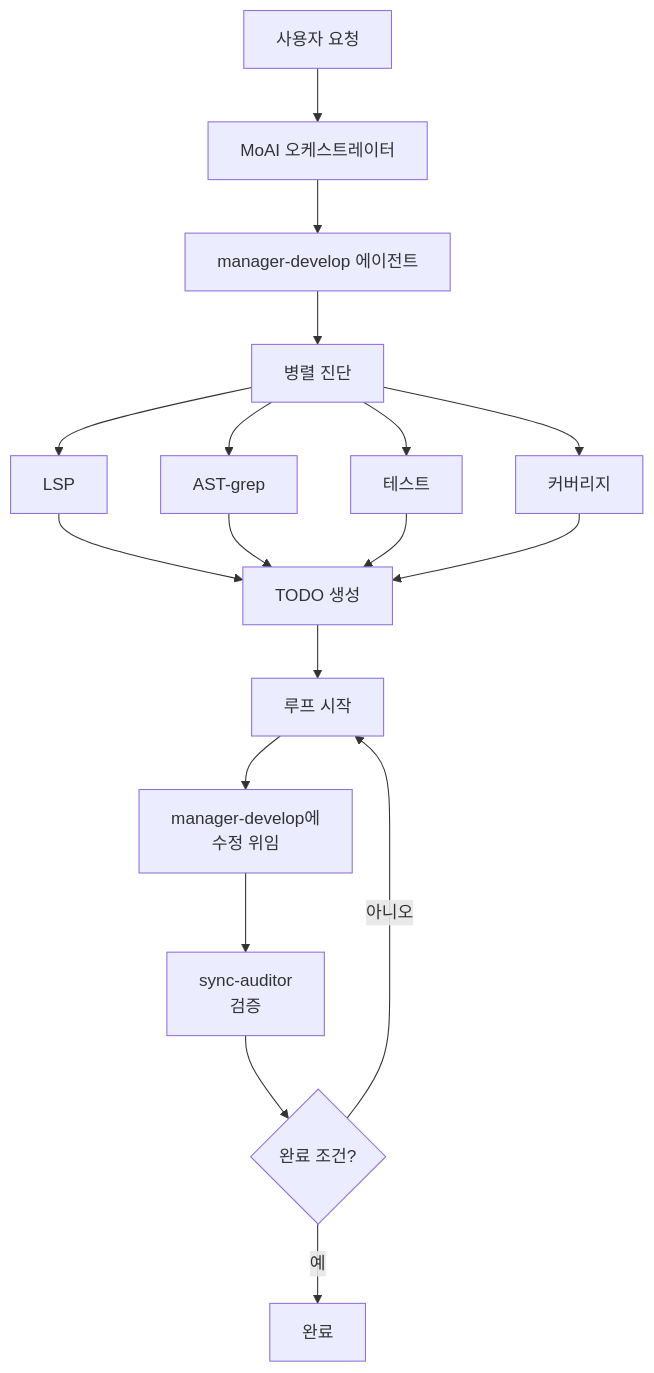
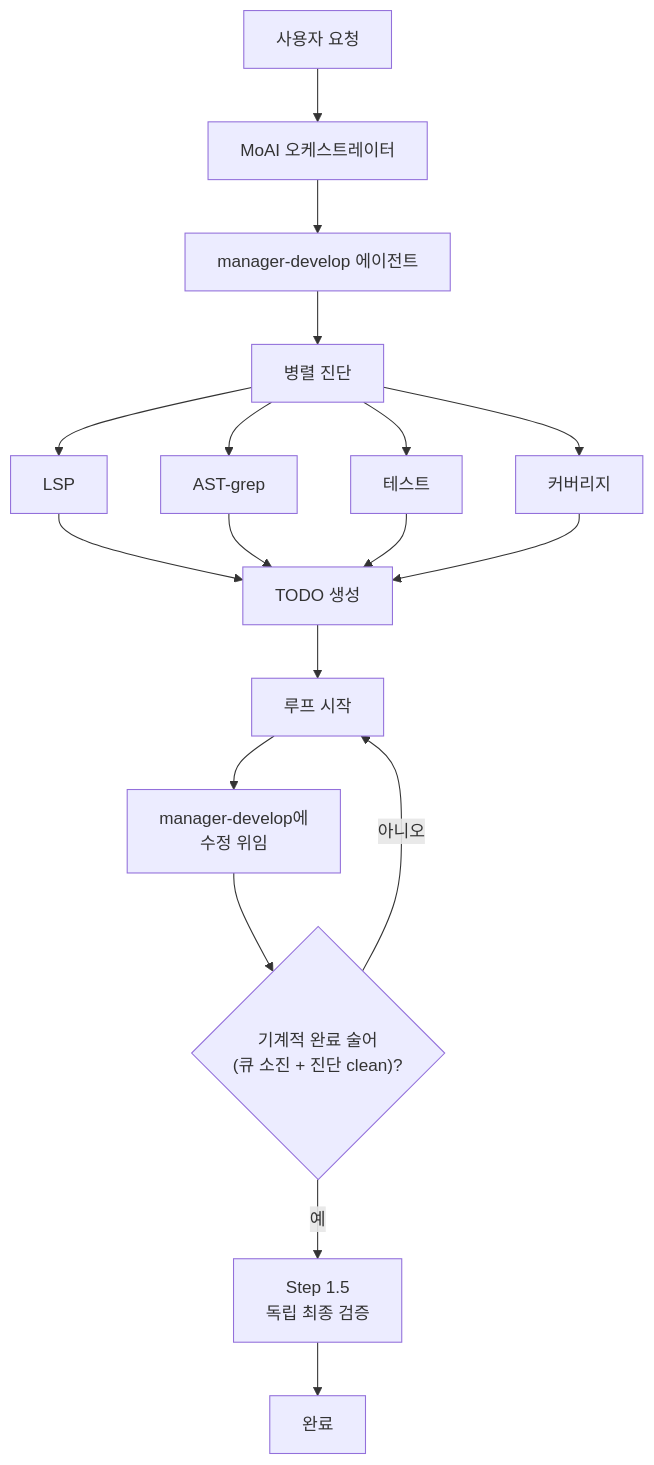
One commit to modu-ai/moai-adk changed the fourth of 4 diagrams in docs-site/content/ko/utility-commands/moai-loop.md. Above: the diagram before and after it, drawn with Mermaid. The commit also changed other lines of this file and 13 other files, not shown here.

````diff
--- a/docs-site/content/ko/utility-commands/moai-loop.md
+++ b/docs-site/content/ko/utility-commands/moai-loop.md
@@ -235,25 +235,24 @@
 ```mermaid
 flowchart TD
     User["사용자 요청"] --> Orchestrator["MoAI 오케스트레이터"]
     Orchestrator --> ManagerDDD["manager-develop 에이전트"]
 
     ManagerDDD --> Diagnose["병렬 진단"]
     Diagnose --> LSP["LSP"]
     Diagnose --> AST["AST-grep"]
     Diagnose --> Test["테스트"]
     Diagnose --> Cov["커버리지"]
 
     LSP --> Todo["TODO 생성"]
     AST --> Todo
     Test --> Todo
     Cov --> Todo
 
     Todo --> Loop["루프 시작"]
 
     Loop --> Fix["manager-develop에<br/>수정 위임"]
-    Fix --> Verify["sync-auditor<br/>검증"]
-
-    Verify --> Complete{"완료 조건?"}
-    Complete -->|아니오| Loop
-    Complete -->|예| Done["완료"]
+    Fix --> Predicate{"기계적 완료 술어<br/>(큐 소진 + 진단 clean)?"}
+    Predicate -->|아니오| Loop
+    Predicate -->|예| FinalPass["Step 1.5<br/>독립 최종 검증"]
+    FinalPass --> Done["완료"]
 ```
````
